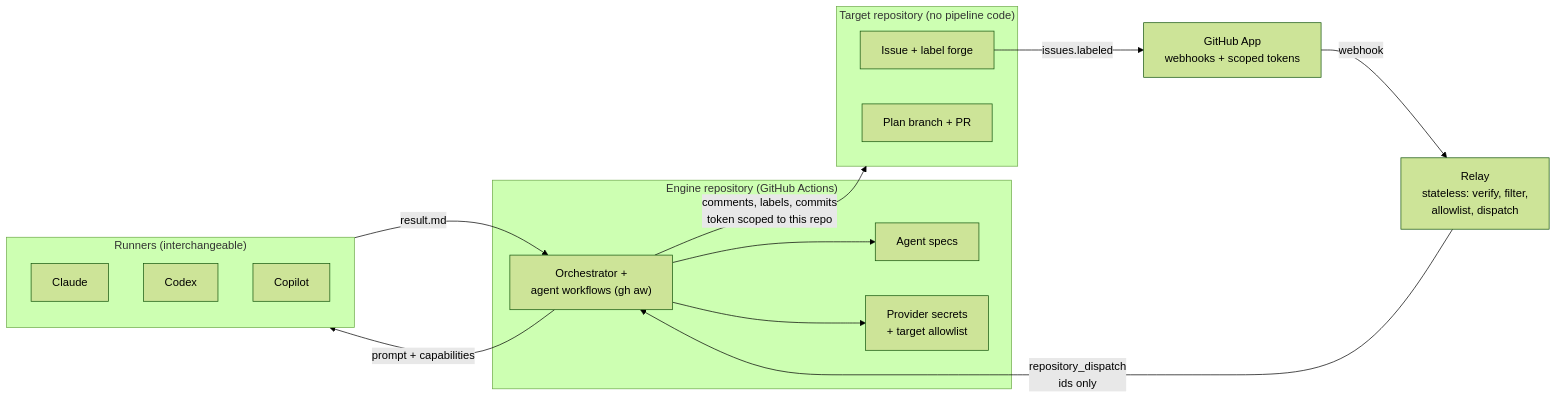
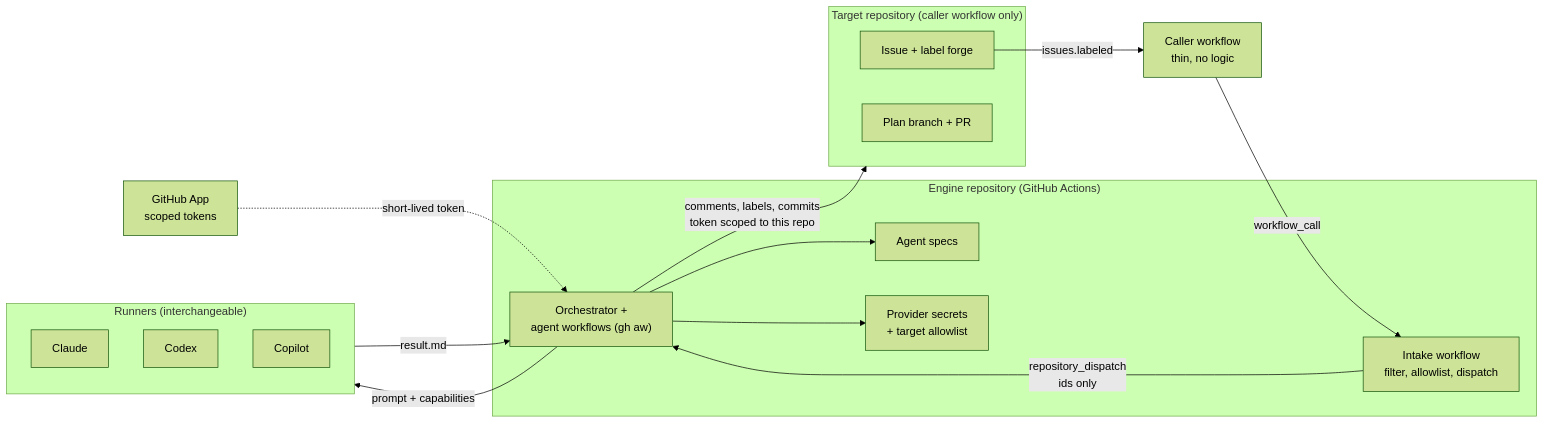
The first of 3 diagrams in README.md (LuisiitoDev/agentic-forge), drawn with Mermaid (forest theme) before and after one commit. The commit also changed other lines of this file and 10 other files, not shown here.

````diff
--- a/README.md
+++ b/README.md
@@ -18,31 +18,33 @@
 ```mermaid
 flowchart LR
-    subgraph T["Target repository (no pipeline code)"]
+    subgraph T["Target repository (caller workflow only)"]
         I["Issue + label forge"]
         PB["Plan branch + PR"]
     end
 
-    APP["GitHub App<br/>webhooks + scoped tokens"]
-    RELAY["Relay<br/>stateless: verify, filter,<br/>allowlist, dispatch"]
+    CALLER["Caller workflow<br/>thin, no logic"]
+    APP["GitHub App<br/>scoped tokens"]
 
     subgraph E["Engine repository (GitHub Actions)"]
+        INTAKE["Intake workflow<br/>filter, allowlist, dispatch"]
         WF["Orchestrator +<br/>agent workflows (gh aw)"]
         SPEC["Agent specs"]
         SEC["Provider secrets<br/>+ target allowlist"]
     end
 
     subgraph R["Runners (interchangeable)"]
         C["Claude"]
         X["Codex"]
         P["Copilot"]
     end
 
-    I -- "issues.labeled" --> APP
-    APP -- "webhook" --> RELAY
-    RELAY -- "repository_dispatch<br/>ids only" --> WF
+    I -- "issues.labeled" --> CALLER
+    CALLER -- "workflow_call" --> INTAKE
+    INTAKE -- "repository_dispatch<br/>ids only" --> WF
+    APP -. "short-lived token" .-> WF
     WF --> SPEC
     WF --> SEC
     WF -- "prompt + capabilities" --> R
     R -- "result.md" --> WF
     WF -- "comments, labels, commits<br/>token scoped to this repo" --> T
 ```
````
